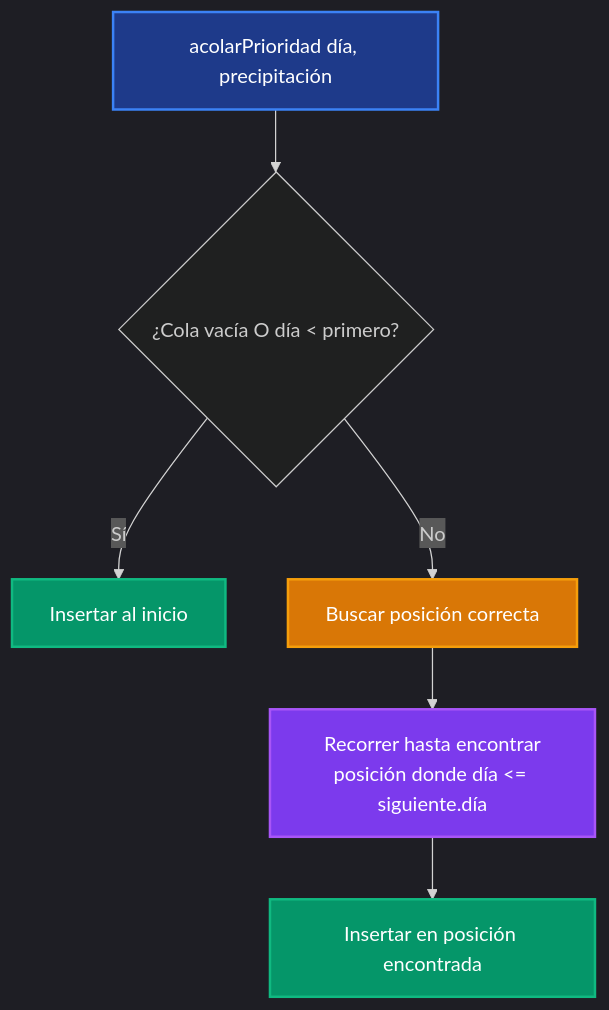
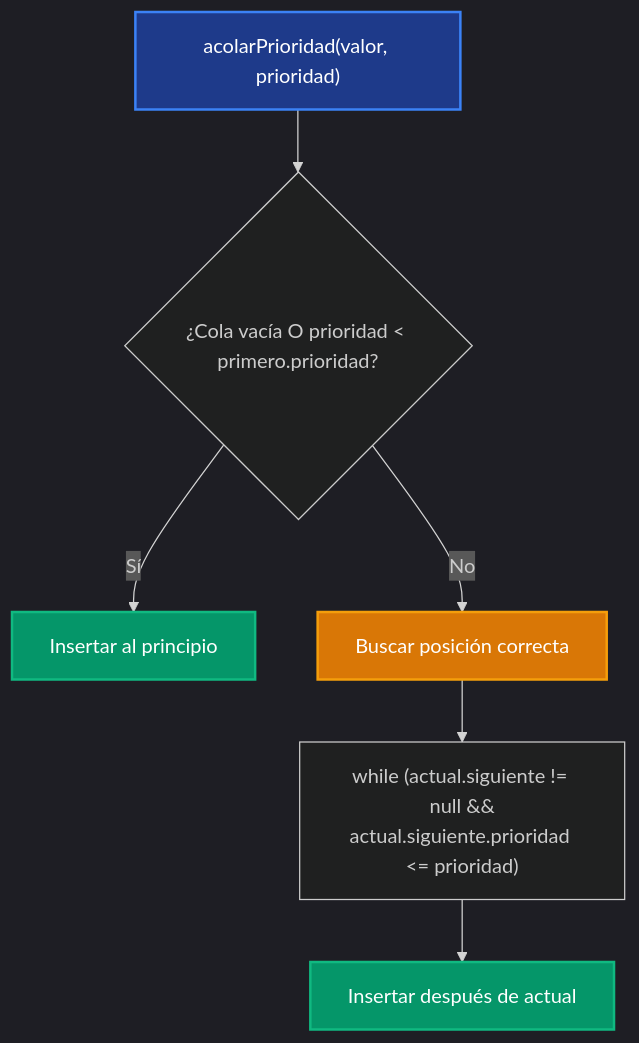
One commit to pybalt/algo2 changed the tenth of 17 diagrams in tp-final/README_IMPLEMENTACIONES.md. Above: the diagram before and after it, drawn with Mermaid. The commit also changed other lines of this file, not shown here.

Commit message:
Revise README_IMPLEMENTACIONES.md to update data structure descriptions, enhance diagram clarity, and improve overall organization. Key changes include restructuring sections on data hierarchies, refining hash table explanations, and optimizing visual elements for better readability.

````diff
--- a/tp-final/README_IMPLEMENTACIONES.md
+++ b/tp-final/README_IMPLEMENTACIONES.md
@@ -256,16 +259,15 @@
 ```mermaid
 %%{init: {'theme':'dark'}}%%
 flowchart TD
-    A[acolarPrioridad día, precipitación] --> B{¿Cola vacía O día < primero?}
-    B -->|Sí| C[Insertar al inicio]
-    B -->|No| D[Buscar posición correcta]
+    A["acolarPrioridad(valor, prioridad)"] --> B{¿Cola vacía O prioridad < primero.prioridad?}
+    B -->|Sí| C["Insertar al principio"]
+    B -->|No| D["Buscar posición correcta"]
     
-    D --> E[Recorrer hasta encontrar<br/>posición donde día <= siguiente.día]
-    E --> F[Insertar en posición encontrada]
+    D --> E["while (actual.siguiente != null &&<br/>actual.siguiente.prioridad <= prioridad)"]
+    E --> F["Insertar después de actual"]
     
     style A fill:#1e3a8a,stroke:#3b82f6,stroke-width:2px,color:#fff
     style C fill:#059669,stroke:#10b981,stroke-width:2px,color:#fff
     style D fill:#d97706,stroke:#f59e0b,stroke-width:2px,color:#fff
-    style E fill:#7c3aed,stroke:#a855f7,stroke-width:2px,color:#fff
     style F fill:#059669,stroke:#10b981,stroke-width:2px,color:#fff
 ```
````
